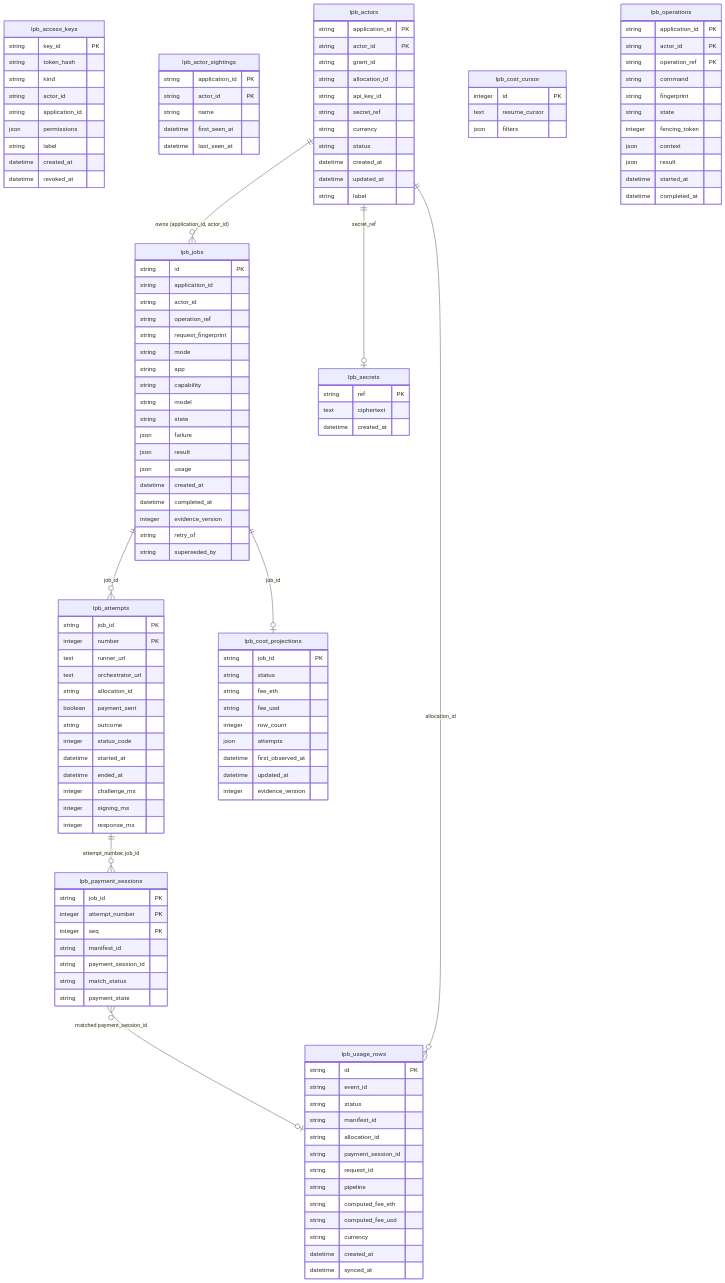
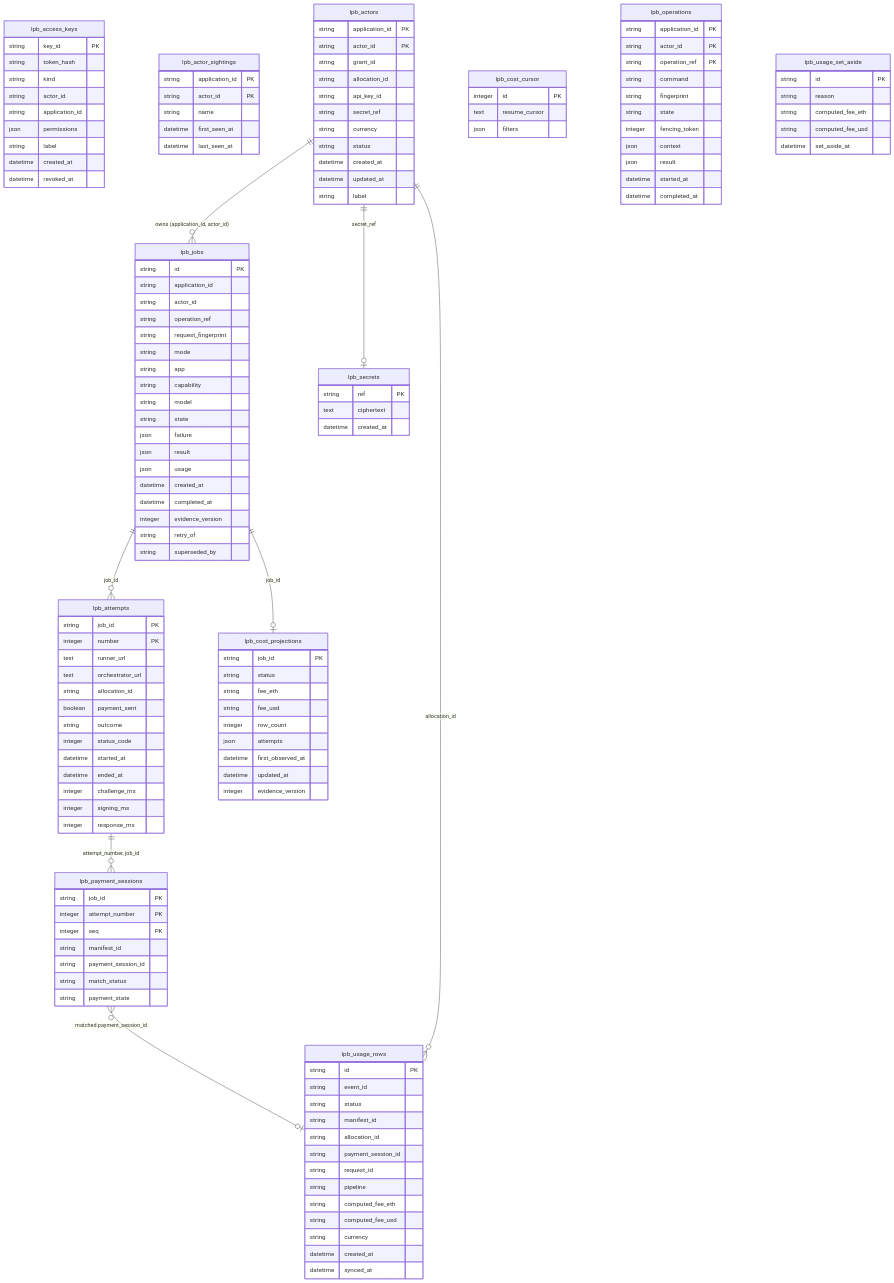
One commit to NE-Build-Track/livepeer-builder-core changed the diagram in docs/generated/db-schema.md. Above: the diagram before and after it, drawn with Mermaid. The commit also changed other lines of this file and 27 other files, not shown here.

```diff
--- a/docs/generated/db-schema.md
+++ b/docs/generated/db-schema.md
@@ -131,6 +131,13 @@
         datetime created_at
         datetime synced_at
     }
+    lpb_usage_set_aside {
+        string id PK
+        string reason
+        string computed_fee_eth
+        string computed_fee_usd
+        datetime set_aside_at
+    }
     lpb_attempts ||--o{ lpb_payment_sessions : "attempt_number, job_id"
     lpb_jobs ||--o{ lpb_attempts : "job_id"
     lpb_jobs ||--o| lpb_cost_projections : "job_id"
```
